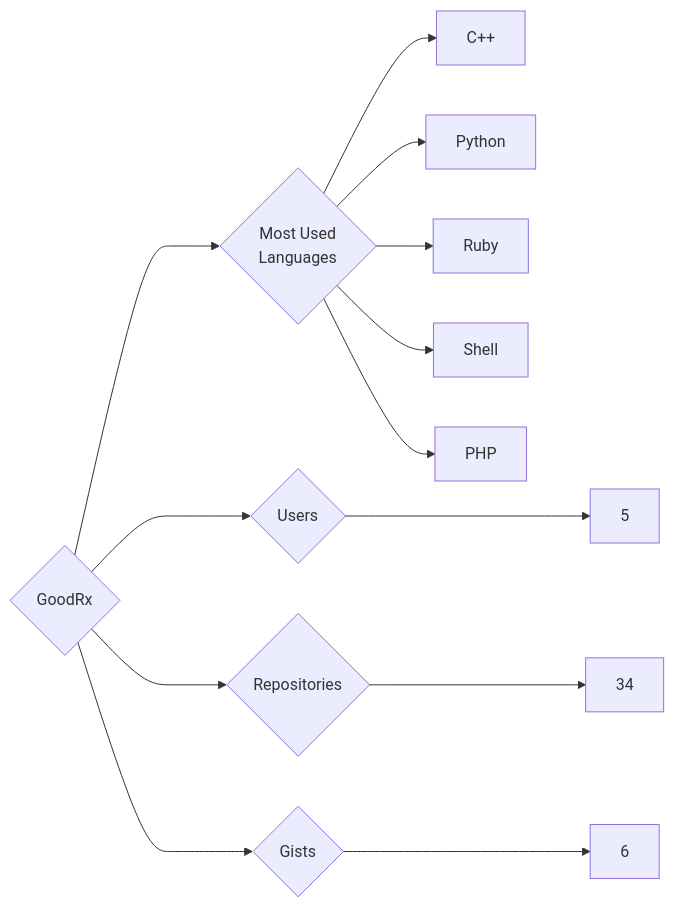
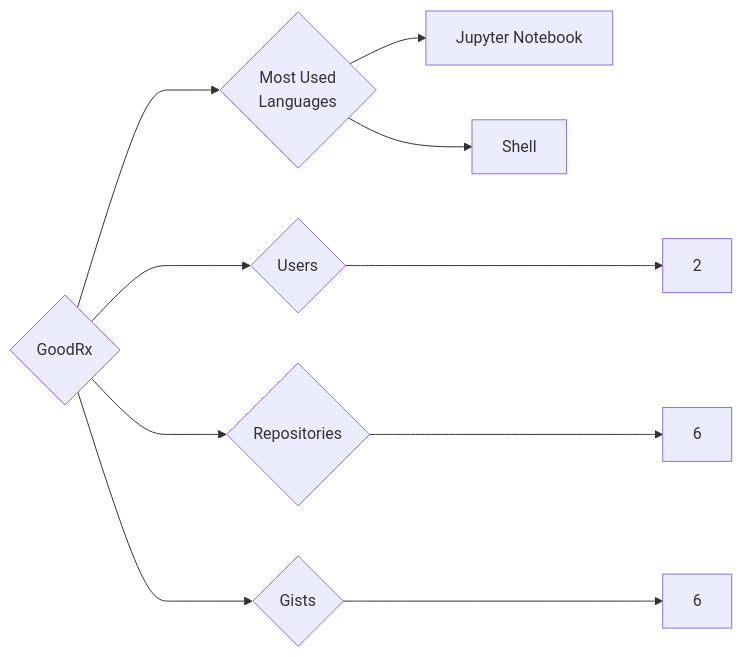
Before and after one commit to trickest/insiders: the diagram in targets/GoodRx/README.md, drawn with Mermaid. The commit also changed 724 other files, not shown here.

````diff
--- a/targets/GoodRx/README.md
+++ b/targets/GoodRx/README.md
@@ -3,13 +3,10 @@
 ```mermaid
 graph LR
 COMPANY_NAME{GoodRx}
-COMPANY_NAME ---> U{Users} ---> UN[5]
-COMPANY_NAME ---> R{Repositories} ---> RN[34]
+COMPANY_NAME ---> U{Users} ---> UN[2]
+COMPANY_NAME ---> R{Repositories} ---> RN[6]
 COMPANY_NAME ---> G{Gists} ---> GN[6]
 COMPANY_NAME ---> ML{Most Used<br>Languages}
-ML --> C++[C++]
-ML --> Python[Python]
-ML --> Ruby[Ruby]
+ML --> Jupyter_Notebook[Jupyter Notebook]
 ML --> Shell[Shell]
-ML --> PHP[PHP]
 ```
````
